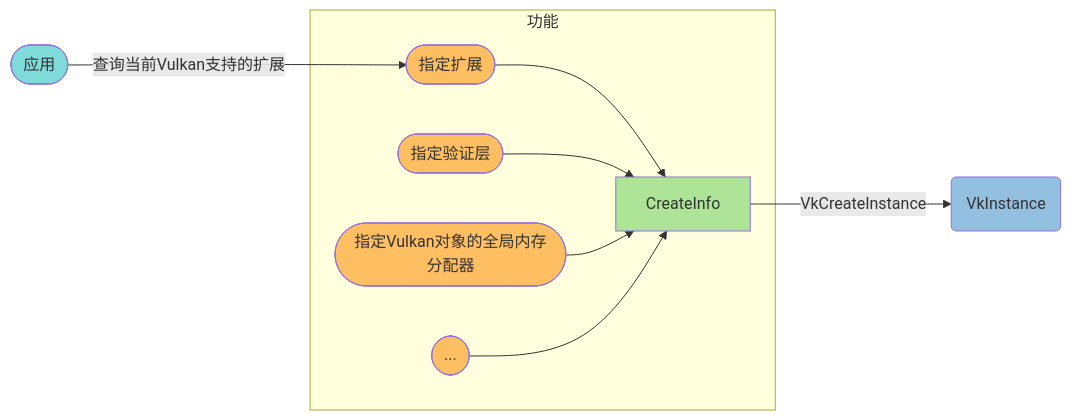
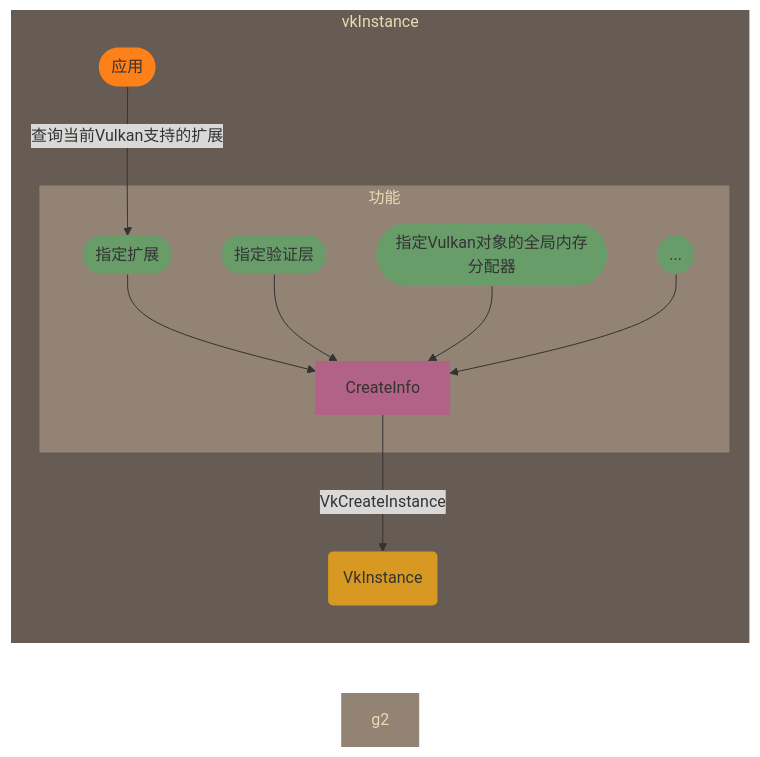
One commit to yslib/mynotes changed the second of 4 diagrams in graphics/vulkan/Overview.md. Above: the diagram before and after it, drawn with Mermaid. The commit also changed other lines of this file, not shown here.

````diff
--- a/graphics/vulkan/Overview.md
+++ b/graphics/vulkan/Overview.md
@@ -34,21 +39,28 @@
 ```mermaid
 graph LR
+subgraph g0[vkInstance]
 linkStyle default interpolate basis
 ci[CreateInfo]
 i(VkInstance):::vkobj
 o([应用]):::none--查询当前Vulkan支持的扩展-->b([指定扩展]):::field
-subgraph 功能
+subgraph g1[功能]
 b -->ci:::cistyle
 c([指定验证层]):::field-->ci
 d([指定Vulkan对象的全局内存分配器]):::field-->ci
 z([...]):::field-->ci
 end
 
+end
+
 ci--VkCreateInstance-->i
 
-classDef vkobj fill:#93BFE1
-classDef field fill:#FEBF63
-classDef cistyle fill:#ADE498
-classDef none fill:#7FDBDA
+classDef field fill:#689d6a,stroke-width:0px;
+classDef vkobj fill:#d79921,stroke-width:0px;
+classDef cistyle fill:#b16286,stroke-width:0px;
+style o fill:#fe8019,stroke-width:0px;
+style g1 fill:#928374,stroke-width:0px,color:#ebdbb2;
+style g2 fill:#928374,stroke-width:0px,color:#ebdbb2;
+style g0 fill:#665c54,stroke-width:0px,color:#ebdbb2;
+
 
 ```
````
